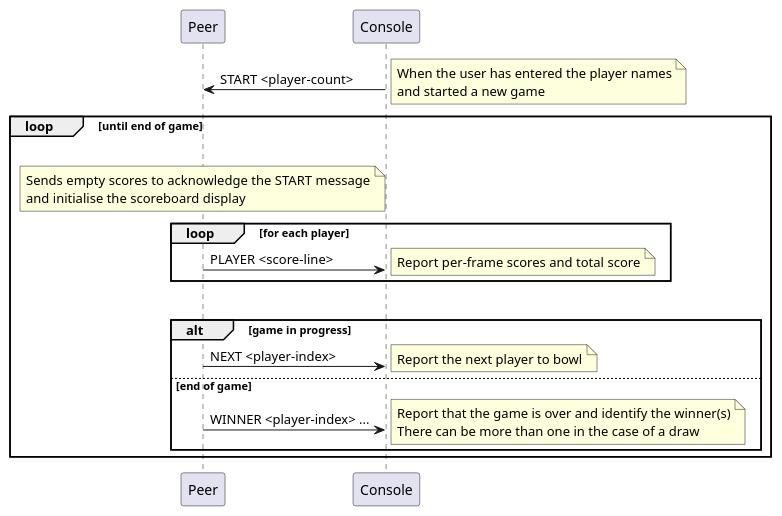
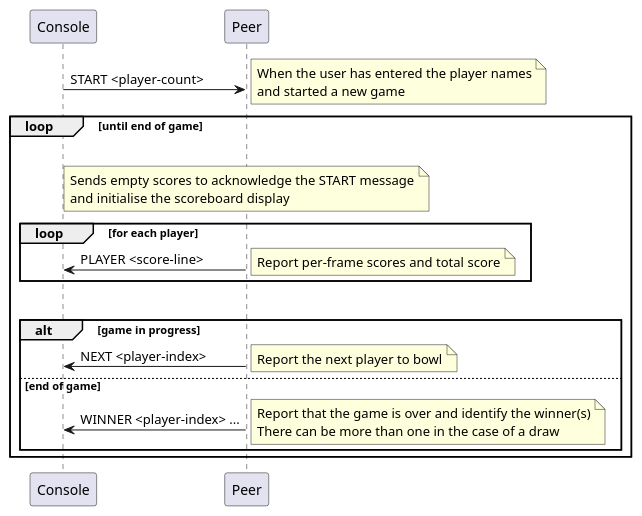
One commit to java-to-kotlin/kotlin-tdd-workshop changed the fourth of 5 diagrams in docs/architecture.md. Above: the diagram before and after it, drawn with PlantUML. The commit also changed other lines of this file, not shown here.

````diff
--- a/docs/architecture.md
+++ b/docs/architecture.md
@@ -87,26 +109,25 @@
 ```plantuml
+participant Console
 participant Peer
-participant Console
 
 Console -> Peer : START <player-count>
 note right : When the user has entered the player names\nand started a new game
 
 loop until end of game
     |||
     note over Peer : Sends empty scores to acknowledge the START message\nand initialise the scoreboard display 
     
     loop for each player
         Peer -> Console : PLAYER <score-line>
         note right : Report per-frame scores and total score
     end
     |||
     alt game in progress
         Peer -> Console : NEXT <player-index>
         note right : Report the next player to bowl
     else end of game
         Peer -> Console : WINNER <player-index> ...
          note right : Report that the game is over and identify the winner(s)\nThere can be more than one in the case of a draw
     end
 end
-
 ```
````
